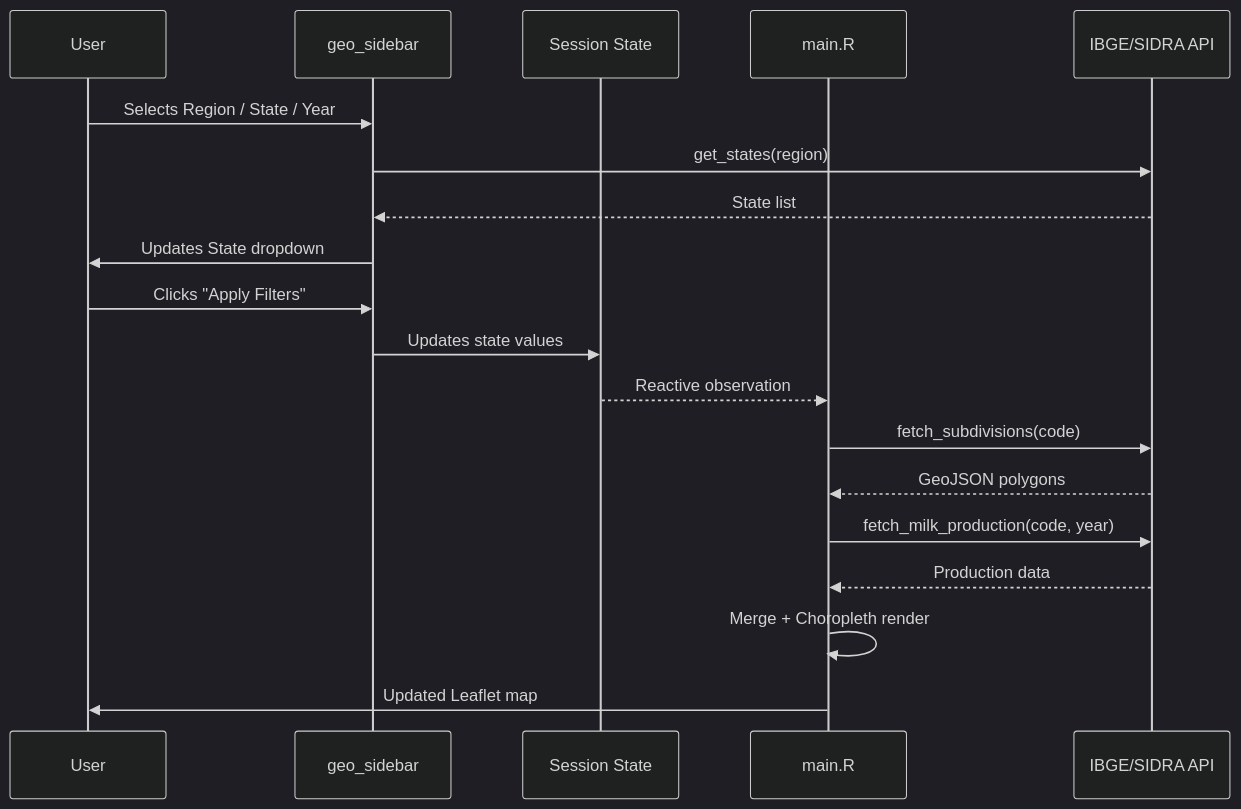
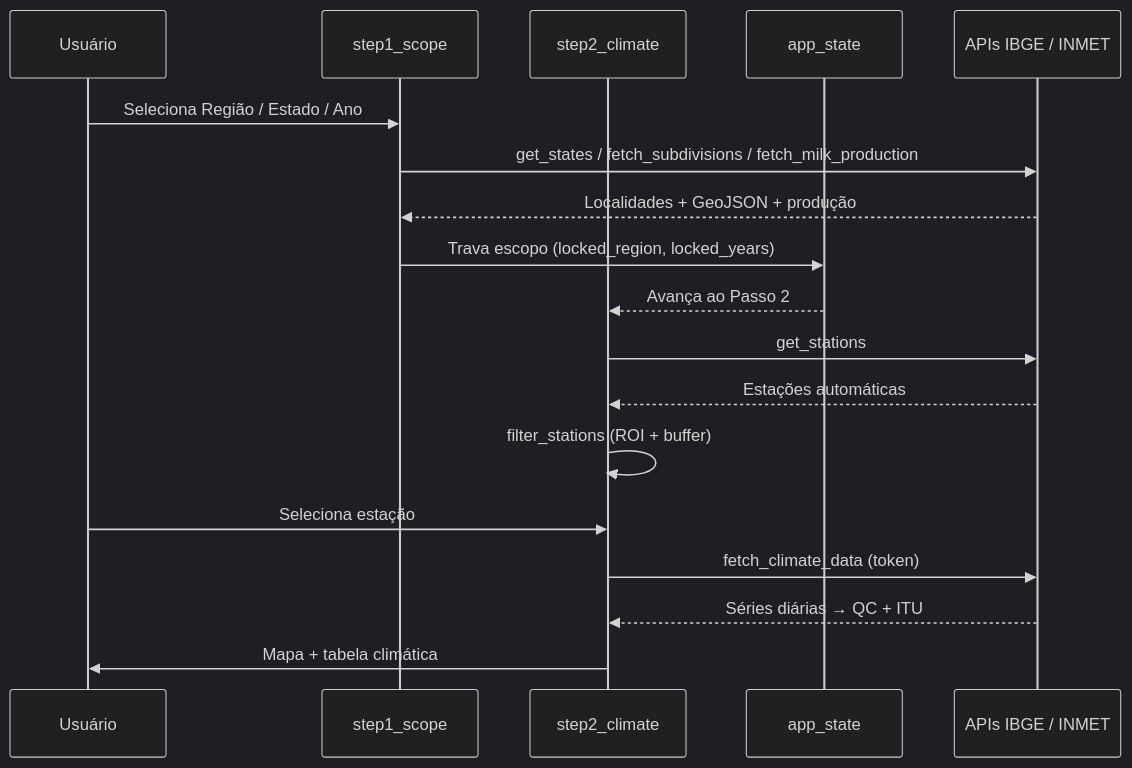
Before and after one commit to santosangel0/zarc-app: the second of 2 diagrams in docs/architecture.md, drawn with Mermaid (dark theme). The commit also changed other lines of this file and 1 other file, not shown here.

Commit message:
docs: update README and architecture docs for 2-step wizard with INMET climate data

````diff
--- a/docs/architecture.md
+++ b/docs/architecture.md
@@ -105,22 +128,21 @@
 ```mermaid
 sequenceDiagram
-    participant U as User
-    participant S as geo_sidebar
-    participant ST as Session State
-    participant M as main.R
-    participant API as IBGE/SIDRA API
+    participant U as Usuário
+    participant S1 as step1_scope
+    participant S2 as step2_climate
+    participant ST as app_state
+    participant API as APIs IBGE / INMET
 
-    U->>S: Selects Region / State / Year
-    S->>API: get_states(region)
-    API-->>S: State list
-    S->>U: Updates State dropdown
-    U->>S: Clicks "Apply Filters"
-    S->>ST: Updates state values
-    ST-->>M: Reactive observation
-    M->>API: fetch_subdivisions(code)
-    API-->>M: GeoJSON polygons
-    M->>API: fetch_milk_production(code, year)
-    API-->>M: Production data
-    M->>M: Merge + Choropleth render
-    M->>U: Updated Leaflet map
+    U->>S1: Seleciona Região / Estado / Ano
+    S1->>API: get_states / fetch_subdivisions / fetch_milk_production
+    API-->>S1: Localidades + GeoJSON + produção
+    S1->>ST: Trava escopo (locked_region, locked_years)
+    ST-->>S2: Avança ao Passo 2
+    S2->>API: get_stations
+    API-->>S2: Estações automáticas
+    S2->>S2: filter_stations (ROI + buffer)
+    U->>S2: Seleciona estação
+    S2->>API: fetch_climate_data (token)
+    API-->>S2: Séries diárias → QC + ITU
+    S2->>U: Mapa + tabela climática
 ```
````
